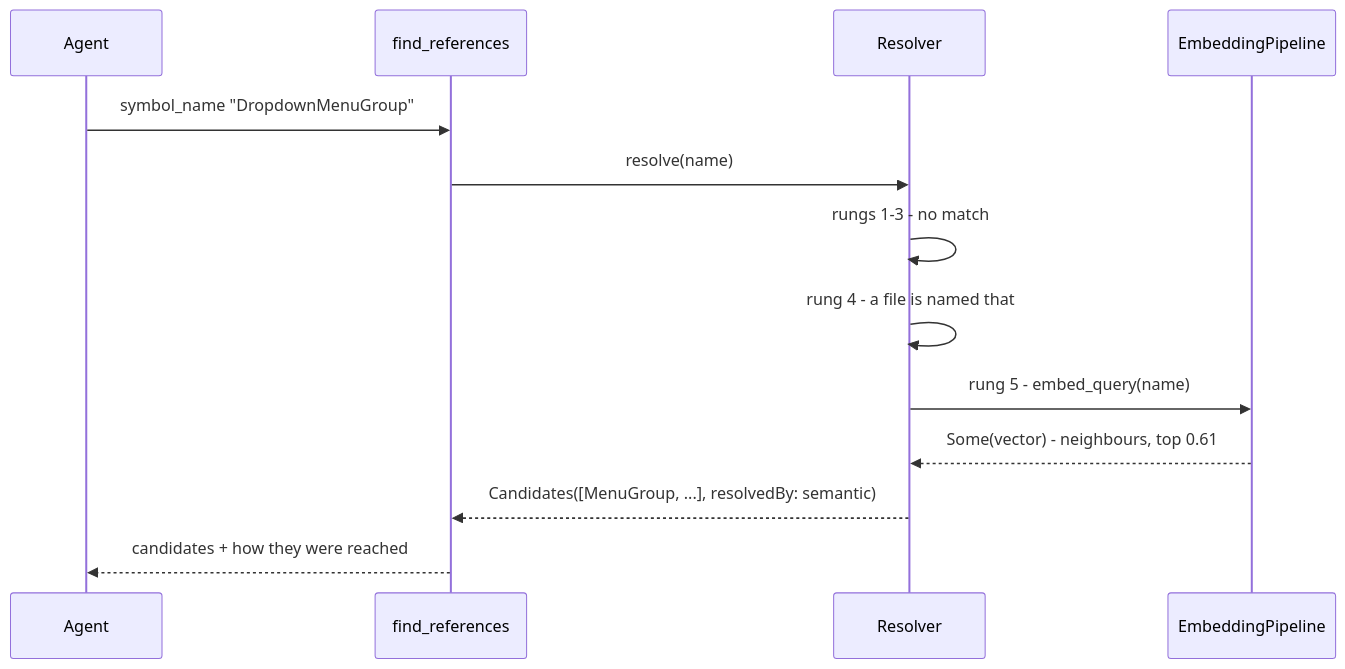
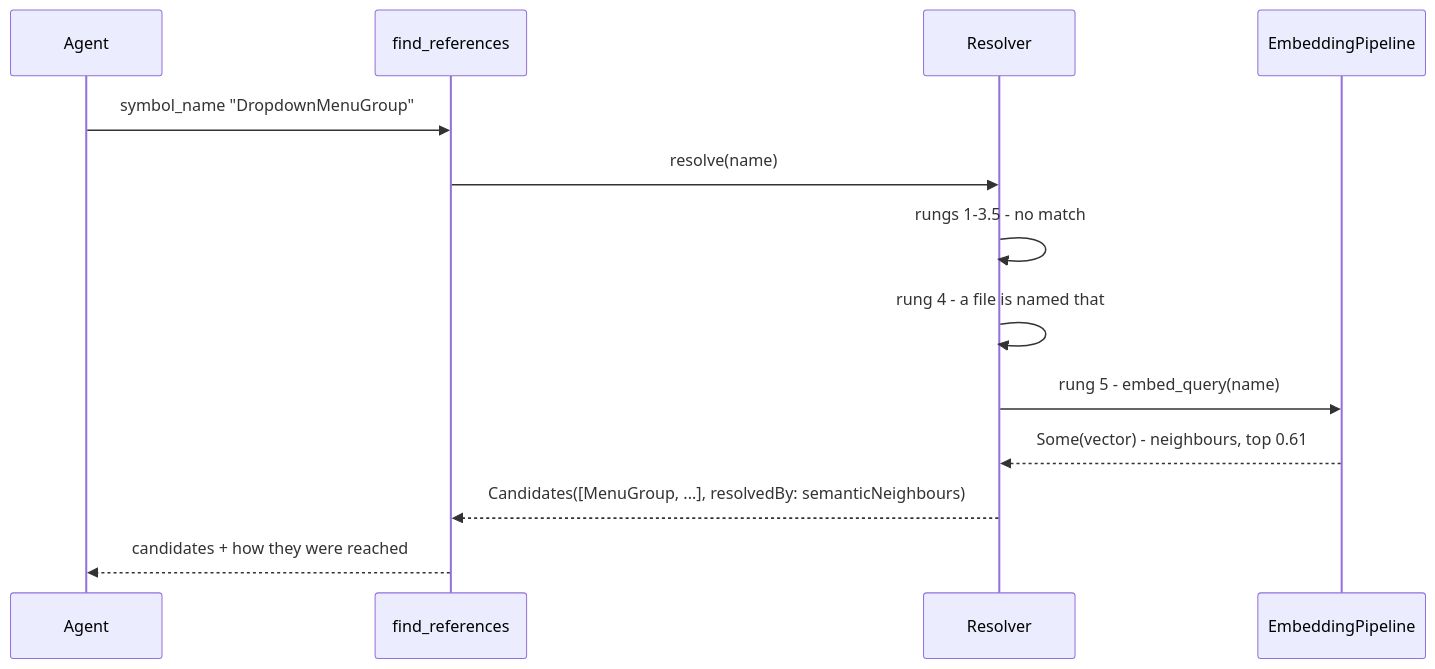
Before and after one commit to madmurdok/g-mesh: the second of 2 diagrams in docs/architecture/symbol-resolution-ladder.md, drawn with Mermaid. The commit also changed other lines of this file and 11 other files, not shown here.

````diff
--- a/docs/architecture/symbol-resolution-ladder.md
+++ b/docs/architecture/symbol-resolution-ladder.md
@@ -169,15 +183,15 @@
 ```mermaid
 sequenceDiagram
     participant A as Agent
     participant T as find_references
     participant R as Resolver
     participant E as EmbeddingPipeline
     A->>T: symbol_name "DropdownMenuGroup"
     T->>R: resolve(name)
-    R->>R: rungs 1-3 - no match
+    R->>R: rungs 1-3.5 - no match
     R->>R: rung 4 - a file is named that
     R->>E: rung 5 - embed_query(name)
     E-->>R: Some(vector) - neighbours, top 0.61
-    R-->>T: Candidates([MenuGroup, ...], resolvedBy: semantic)
+    R-->>T: Candidates([MenuGroup, ...], resolvedBy: semanticNeighbours)
     T-->>A: candidates + how they were reached
 ```
````
